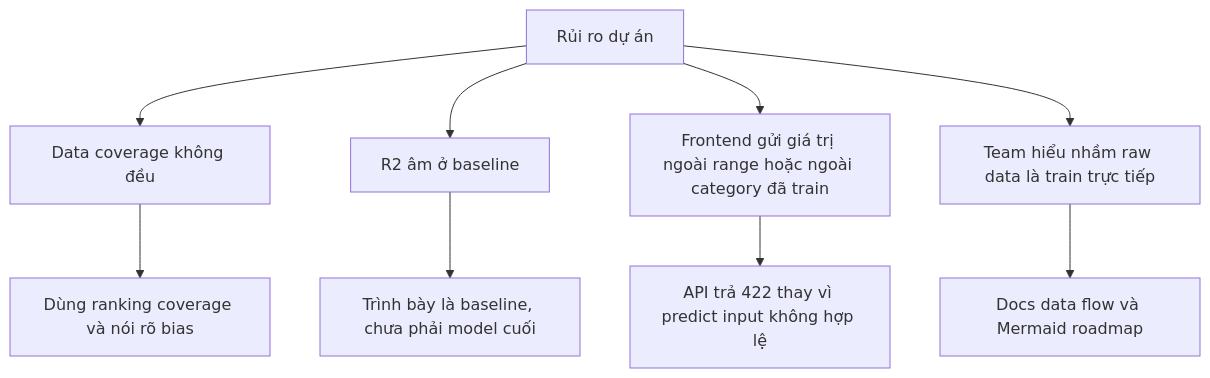
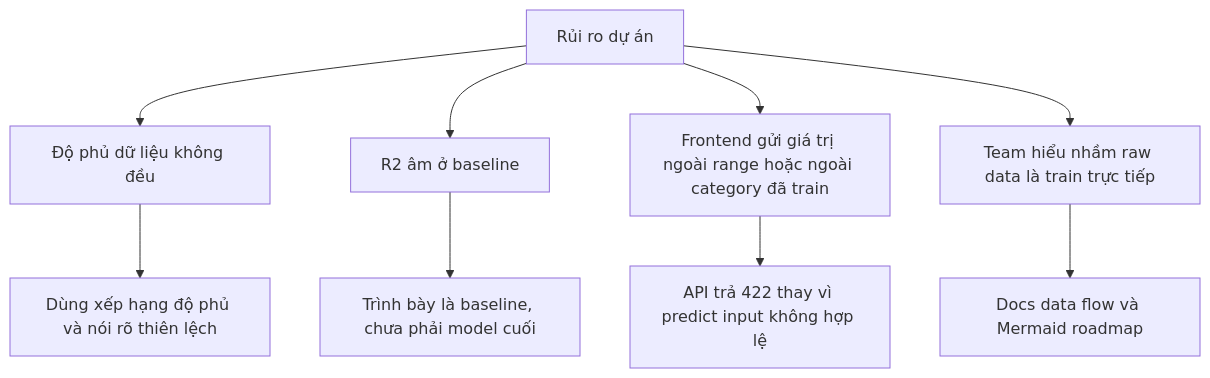
One commit to uit-25730067-chithanh/AI002-Team22-DT10 changed the eighth of 8 diagrams in docs/project-roadmap.md. Above: the diagram before and after it, drawn with Mermaid. The commit also changed other lines of this file and 2 other files, not shown here.

First line of the commit message:
docs(core): update README, codebase summary and project roadmap

````diff
--- a/docs/project-roadmap.md
+++ b/docs/project-roadmap.md
@@ -272,12 +272,12 @@
 ```mermaid
 flowchart TD
-    A[Rủi ro dự án] --> B[Data coverage không đều]
+    A[Rủi ro dự án] --> B[Độ phủ dữ liệu không đều]
     A --> C[R2 âm ở baseline]
     A --> D[Frontend gửi giá trị ngoài range hoặc ngoài category đã train]
     A --> E[Team hiểu nhầm raw data là train trực tiếp]
 
-    B --> B1[Dùng ranking coverage và nói rõ bias]
+    B --> B1[Dùng xếp hạng độ phủ và nói rõ thiên lệch]
     C --> C1[Trình bày là baseline, chưa phải model cuối]
     D --> D1[API trả 422 thay vì predict input không hợp lệ]
     E --> E1[Docs data flow và Mermaid roadmap]
 ```
````
